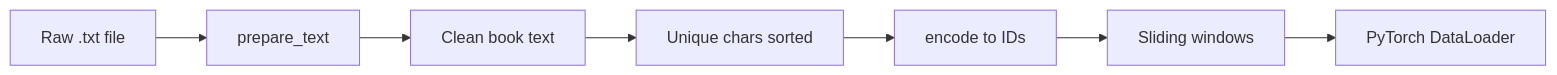
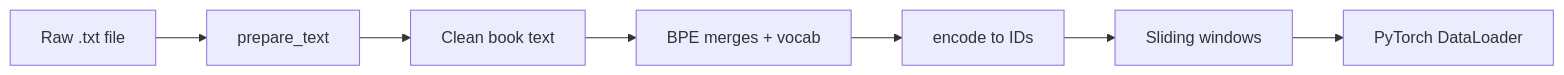
Before and after one commit to shubham-agarwal-techculture/transformer-model: the sixth of 9 diagrams in README.md, drawn with Mermaid. The commit also changed other lines of this file and 23 other files, not shown here.

````diff
--- a/README.md
+++ b/README.md
@@ -269,13 +269,13 @@
 ```mermaid
 flowchart LR
     Raw[Raw .txt file]
     Strip[prepare_text]
     Clean[Clean book text]
-    Vocab[Unique chars sorted]
+    Vocab[BPE merges + vocab]
     Encode[encode to IDs]
     Windows[Sliding windows]
     Batches[PyTorch DataLoader]
 
     Raw --> Strip
     Strip --> Clean --> Vocab --> Encode --> Windows --> Batches
 ```
````
